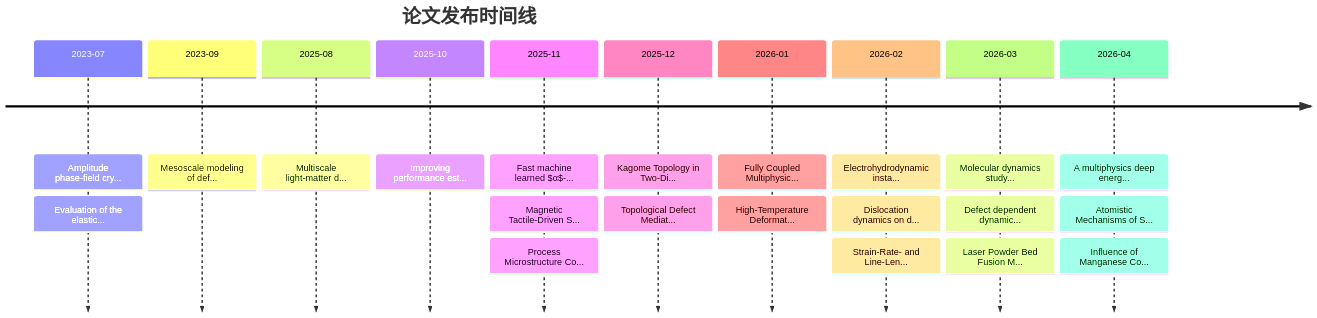
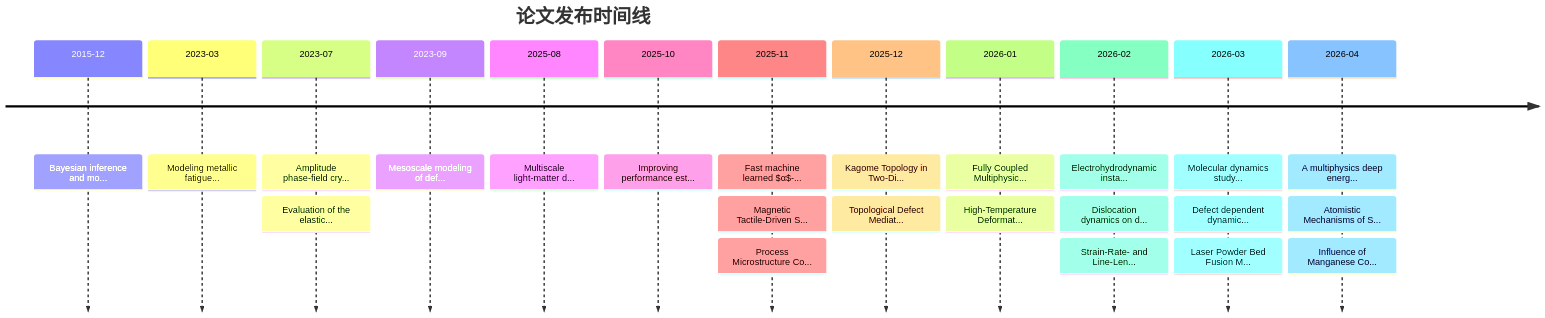
The second of 2 diagrams in reports/knowledge_graph.md (Shirakawa11111/BJK_readpaper), drawn with Mermaid before and after one commit. The commit also changed other lines of this file and 11 other files, not shown here.

````diff
--- a/reports/knowledge_graph.md
+++ b/reports/knowledge_graph.md
@@ -119,14 +119,16 @@
 ```mermaid
 timeline
     title 论文发布时间线
+    2015-12 : Bayesian inference and mo...
+    2023-03 : Modeling metallic fatigue...
     2023-07 : Amplitude phase-field cry... : Evaluation of the elastic...
     2023-09 : Mesoscale modeling of def...
     2025-08 : Multiscale light-matter d...
     2025-10 : Improving performance est...
     2025-11 : Fast machine learned $α$-... : Magnetic Tactile-Driven S... : Process Microstructure Co...
     2025-12 : Kagome Topology in Two-Di... : Topological Defect Mediat...
     2026-01 : Fully Coupled Multiphysic... : High-Temperature Deformat...
     2026-02 : Electrohydrodynamic insta... : Dislocation dynamics on d... : Strain-Rate- and Line-Len...
     2026-03 : Molecular dynamics study... : Defect dependent dynamic... : Laser Powder Bed Fusion M...
     2026-04 : A multiphysics deep energ... : Atomistic Mechanisms of S... : Influence of Manganese Co...
 ```
````
